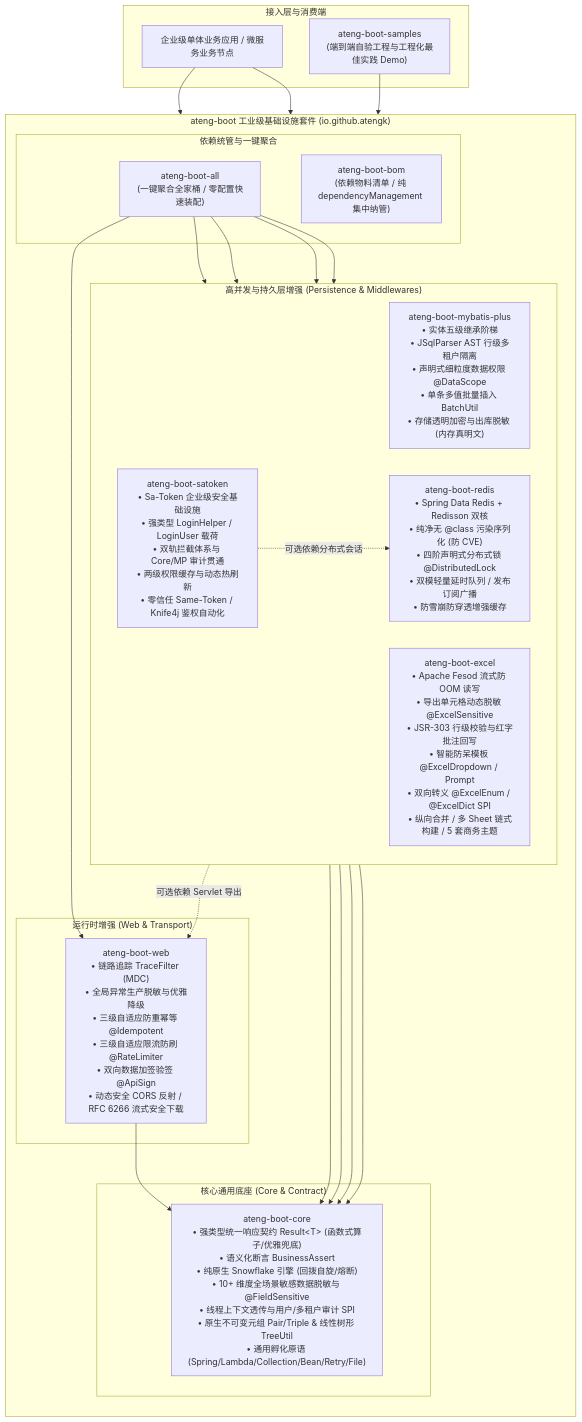
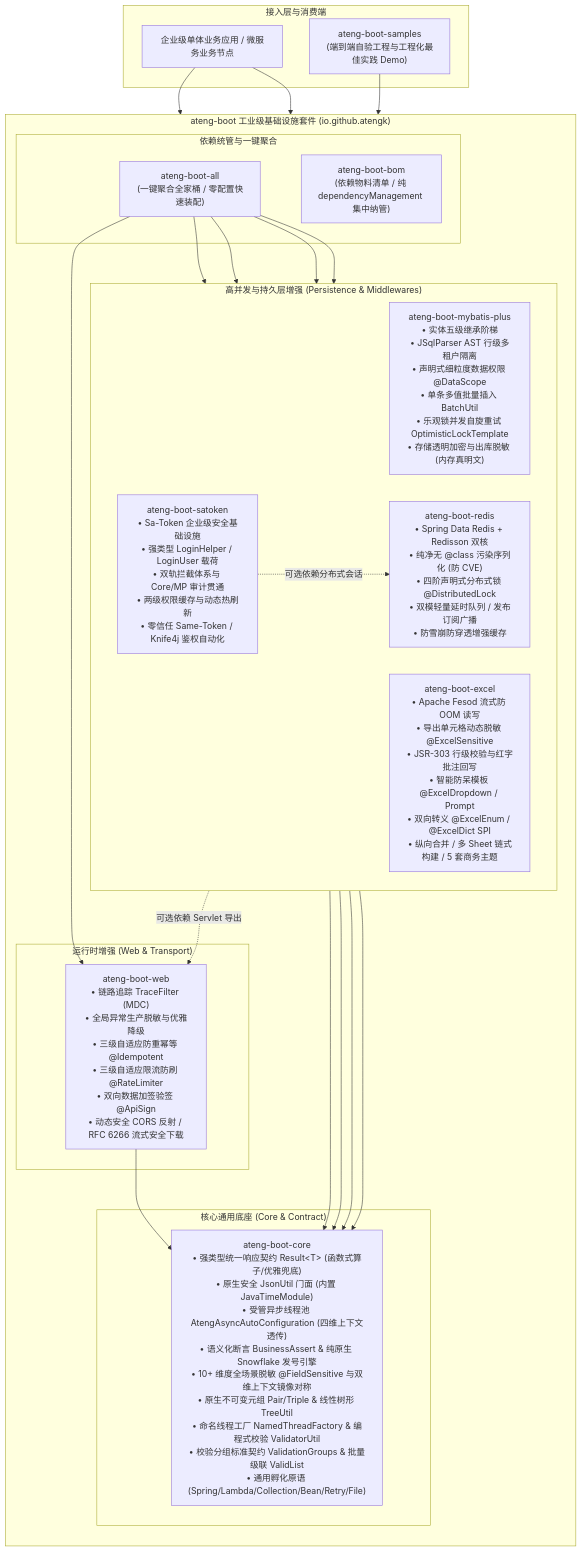
One commit to atengk/ateng-boot changed the diagram in README.md. Above: the diagram before and after it, drawn with Mermaid. The commit also changed other lines of this file and 38 other files, not shown here.

````diff
--- a/README.md
+++ b/README.md
@@ -19,48 +19,48 @@
 ```mermaid
 flowchart TB
     subgraph Client["接入层与消费端"]
         APP["企业级单体业务应用 / 微服务业务节点"]
         SAMPLES["ateng-boot-samples<br/>(端到端自验工程与工程化最佳实践 Demo)"]
     end
 
     subgraph Suite["ateng-boot 工业级基础设施套件 (io.github.atengk)"]
         direction TB
 
         subgraph Management["依赖统管与一键聚合"]
             BOM["ateng-boot-bom<br/>(依赖物料清单 / 纯 dependencyManagement 集中纳管)"]
             ALL["ateng-boot-all<br/>(一键聚合全家桶 / 零配置快速装配)"]
         end
 
         subgraph RuntimeWeb["运行时增强 (Web & Transport)"]
             WEB["ateng-boot-web<br/>• 链路追踪 TraceFilter (MDC)<br/>• 全局异常生产脱敏与优雅降级<br/>• 三级自适应防重幂等 @Idempotent<br/>• 三级自适应限流防刷 @RateLimiter<br/>• 双向数据加签验签 @ApiSign<br/>• 动态安全 CORS 反射 / RFC 6266 流式安全下载"]
         end
 
         subgraph CoreBase["核心通用底座 (Core & Contract)"]
-            CORE["ateng-boot-core<br/>• 强类型统一响应契约 Result&lt;T&gt; (函数式算子/优雅兜底)<br/>• 语义化断言 BusinessAssert<br/>• 纯原生 Snowflake 引擎 (回拨自旋/熔断)<br/>• 10+ 维度全场景敏感数据脱敏与 @FieldSensitive<br/>• 线程上下文透传与用户/多租户审计 SPI<br/>• 原生不可变元组 Pair/Triple &amp; 线性树形 TreeUtil<br/>• 通用孵化原语 (Spring/Lambda/Collection/Bean/Retry/File)"]
+            CORE["ateng-boot-core<br/>• 强类型统一响应契约 Result&lt;T&gt; (函数式算子/优雅兜底)<br/>• 原生安全 JsonUtil 门面 (内置 JavaTimeModule)<br/>• 受管异步线程池 AtengAsyncAutoConfiguration (四维上下文透传)<br/>• 语义化断言 BusinessAssert &amp; 纯原生 Snowflake 发号引擎<br/>• 10+ 维度全场景脱敏 @FieldSensitive 与双维上下文镜像对称<br/>• 原生不可变元组 Pair/Triple &amp; 线性树形 TreeUtil<br/>• 命名线程工厂 NamedThreadFactory &amp; 编程式校验 ValidatorUtil<br/>• 校验分组标准契约 ValidationGroups &amp; 批量级联 ValidList<br/>• 通用孵化原语 (Spring/Lambda/Collection/Bean/Retry/File)"]
         end
 
         subgraph Middlewares["高并发与持久层增强 (Persistence & Middlewares)"]
             direction LR
-            MP["ateng-boot-mybatis-plus<br/>• 实体五级继承阶梯<br/>• JSqlParser AST 行级多租户隔离<br/>• 声明式细粒度数据权限 @DataScope<br/>• 单条多值批量插入 BatchUtil<br/>• 存储透明加密与出库脱敏 (内存真明文)"]
+            MP["ateng-boot-mybatis-plus<br/>• 实体五级继承阶梯<br/>• JSqlParser AST 行级多租户隔离<br/>• 声明式细粒度数据权限 @DataScope<br/>• 单条多值批量插入 BatchUtil<br/>• 乐观锁并发自旋重试 OptimisticLockTemplate<br/>• 存储透明加密与出库脱敏 (内存真明文)"]
             REDIS["ateng-boot-redis<br/>• Spring Data Redis + Redisson 双核<br/>• 纯净无 @class 污染序列化 (防 CVE)<br/>• 四阶声明式分布式锁 @DistributedLock<br/>• 双模轻量延时队列 / 发布订阅广播<br/>• 防雪崩防穿透增强缓存"]
             EXCEL["ateng-boot-excel<br/>• Apache Fesod 流式防 OOM 读写<br/>• 导出单元格动态脱敏 @ExcelSensitive<br/>• JSR-303 行级校验与红字批注回写<br/>• 智能防呆模板 @ExcelDropdown / Prompt<br/>• 双向转义 @ExcelEnum / @ExcelDict SPI<br/>• 纵向合并 / 多 Sheet 链式构建 / 5 套商务主题"]
             SATOKEN["ateng-boot-satoken<br/>• Sa-Token 企业级安全基础设施<br/>• 强类型 LoginHelper / LoginUser 载荷<br/>• 双轨拦截体系与 Core/MP 审计贯通<br/>• 两级权限缓存与动态热刷新<br/>• 零信任 Same-Token / Knife4j 鉴权自动化"]
         end
     end
 
     APP --> BOM
     APP --> ALL
     ALL --> WEB
     ALL --> MP
     ALL --> REDIS
     ALL --> EXCEL
     ALL --> SATOKEN
     WEB --> CORE
     MP --> CORE
     REDIS --> CORE
     EXCEL --> CORE
     SATOKEN --> CORE
     SATOKEN -.->|可选依赖分布式会话| REDIS
     EXCEL -.->|可选依赖 Servlet 导出| WEB
     SAMPLES --> ALL
 ```
````
